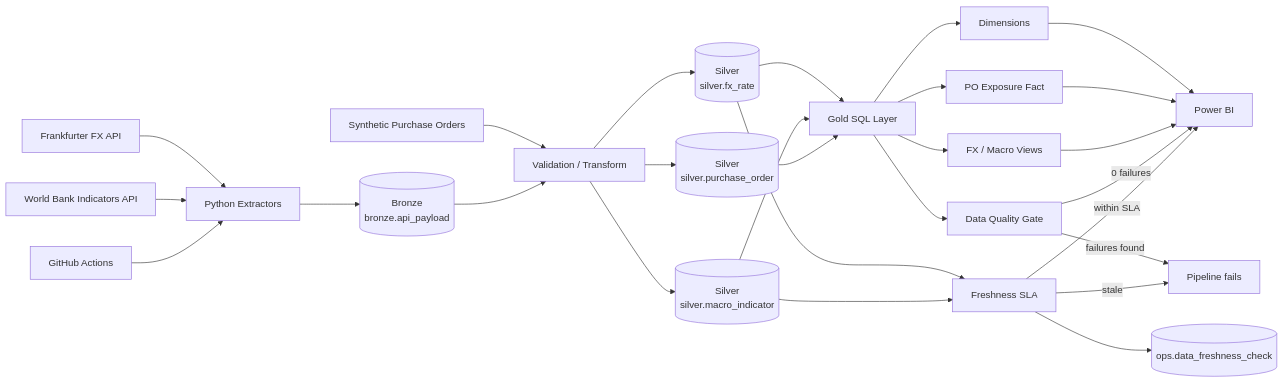
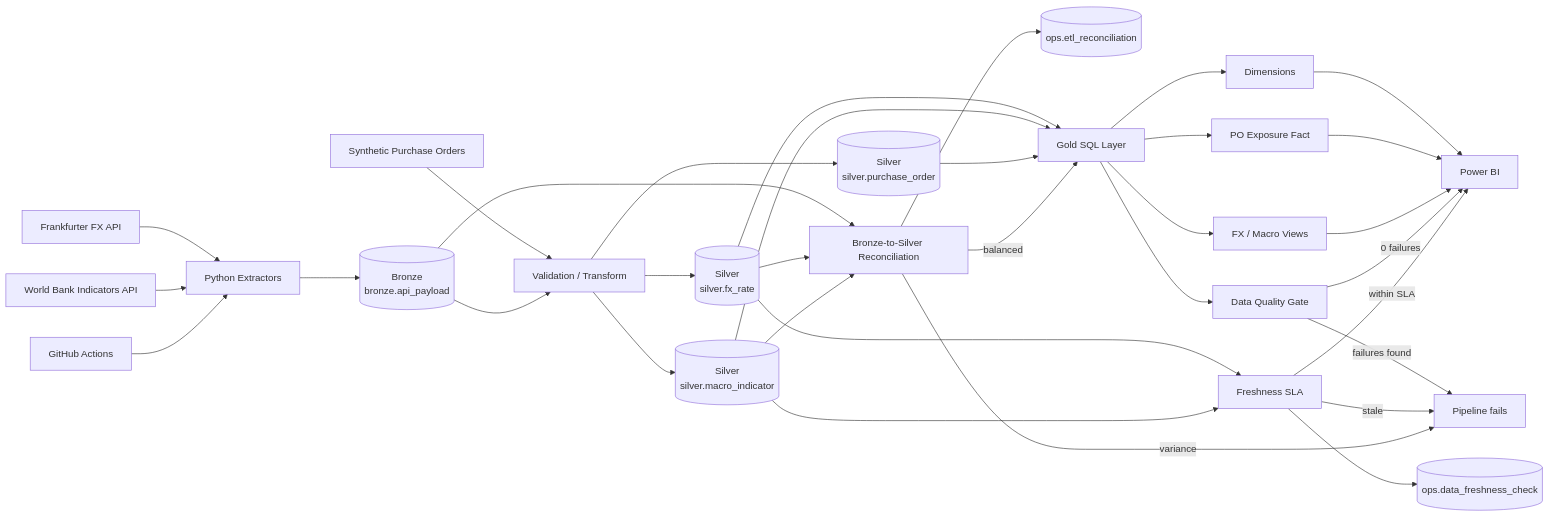
Before and after one commit to Nathi111/fx-treasury-intelligence: the first of 2 diagrams in docs/architecture.md, drawn with Mermaid. The commit also changed other lines of this file and 7 other files, not shown here.

First line of the commit message:
Add Bronze-to-Silver reconciliation logging

````diff
--- a/docs/architecture.md
+++ b/docs/architecture.md
@@ -5,36 +5,43 @@
 ```mermaid
 flowchart LR
     A[Frankfurter FX API] --> E[Python Extractors]
     B[World Bank Indicators API] --> E
     C[Synthetic Purchase Orders] --> T[Validation / Transform]
 
     E --> BR[(Bronze<br/>bronze.api_payload)]
     BR --> T
 
     T --> S1[(Silver<br/>silver.fx_rate)]
     T --> S2[(Silver<br/>silver.macro_indicator)]
     T --> S3[(Silver<br/>silver.purchase_order)]
+
+    BR --> RC[Bronze-to-Silver Reconciliation]
+    S1 --> RC
+    S2 --> RC
+    RC --> O2[(ops.etl_reconciliation)]
 
     S1 --> G[Gold SQL Layer]
     S2 --> G
     S3 --> G
 
     G --> D1[Dimensions]
     G --> F1[PO Exposure Fact]
     G --> V1[FX / Macro Views]
     G --> Q[Data Quality Gate]
     S1 --> FR[Freshness SLA]
     S2 --> FR
     FR --> O[(ops.data_freshness_check)]
 
     D1 --> P[Power BI]
     F1 --> P
     V1 --> P
 
     Q -->|0 failures| P
     Q -->|failures found| X[Pipeline fails]
     FR -->|within SLA| P
     FR -->|stale| X
+    RC -->|balanced| G
+    RC -->|variance| X
 
     GH[GitHub Actions] --> E
 ```
````
